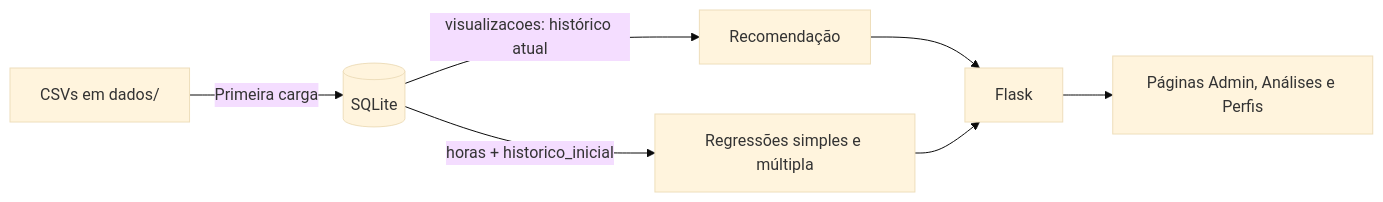
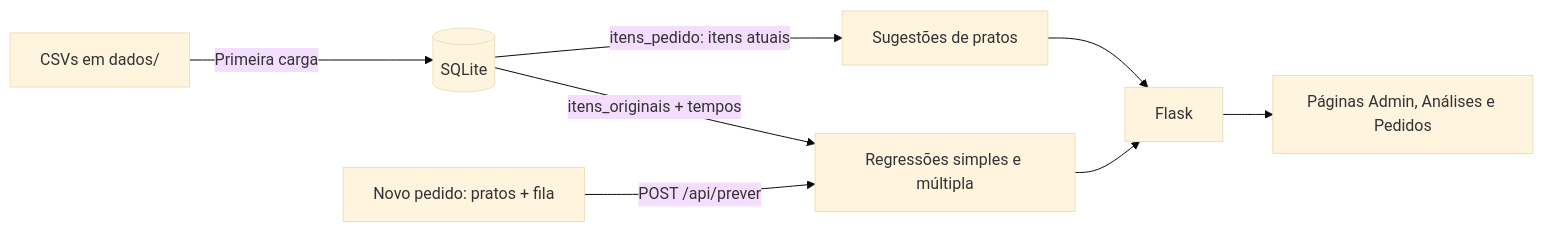
One commit to hudsonadev/Restaurante changed the diagram in DOCUMENTACAO.md. Above: the diagram before and after it, drawn with Mermaid (base theme). The commit also changed other lines of this file and 46 other files, not shown here.

````diff
--- a/DOCUMENTACAO.md
+++ b/DOCUMENTACAO.md
@@ -14,9 +16,10 @@
 ```mermaid
 flowchart LR
     CSV[CSVs em dados/] -->|Primeira carga| DB[(SQLite)]
-    DB -->|visualizacoes: histórico atual| REC[Recomendação]
-    DB -->|horas + historico_inicial| REG[Regressões simples e múltipla]
-    REC --> API[Flask]
-    REG --> API
-    API --> UI[Páginas Admin, Análises e Perfis]
+    DB -->|itens_originais + tempos| REG[Regressões simples e múltipla]
+    DB -->|itens_pedido: itens atuais| REC[Sugestões de pratos]
+    UI[Novo pedido: pratos + fila] -->|POST /api/prever| REG
+    REG --> API[Flask]
+    REC --> API
+    API --> P[Páginas Admin, Análises e Pedidos]
 ```
````
